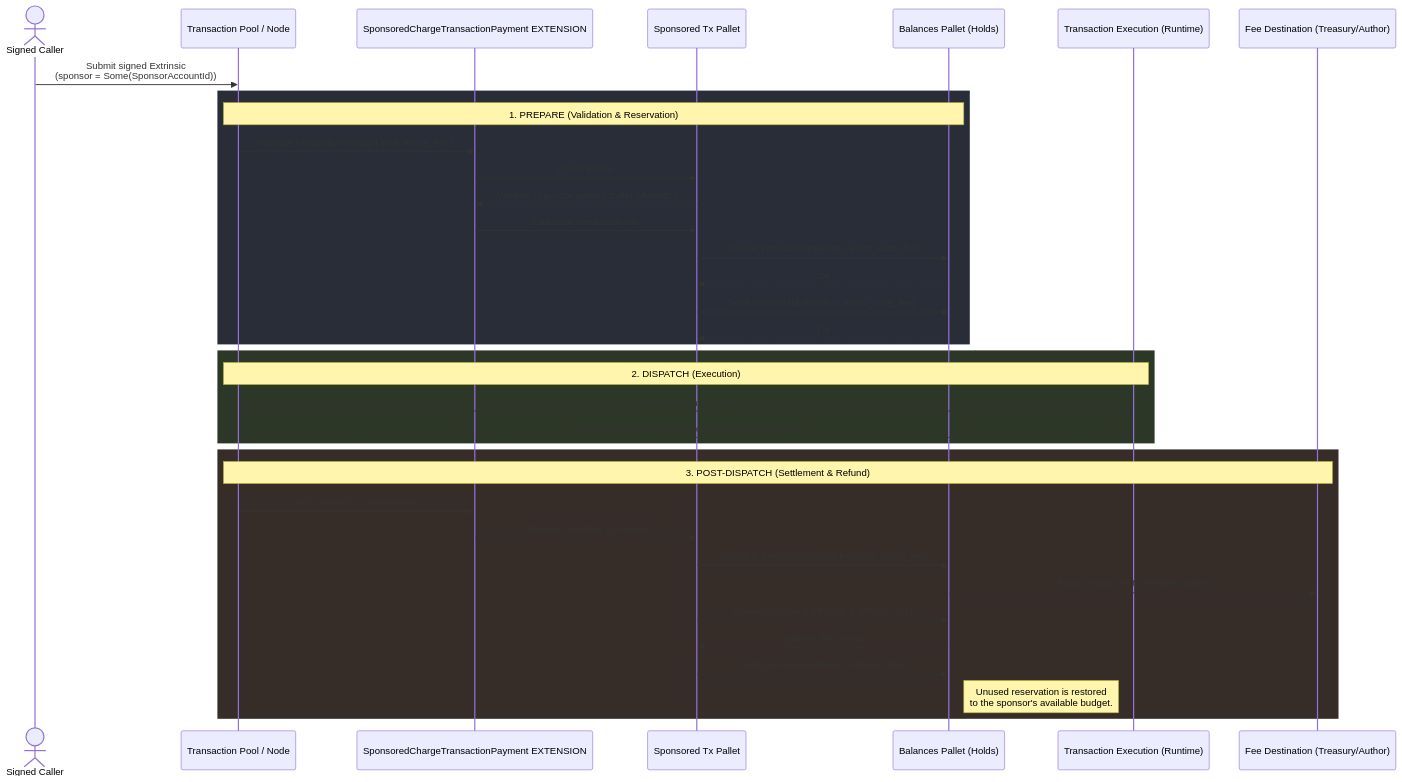
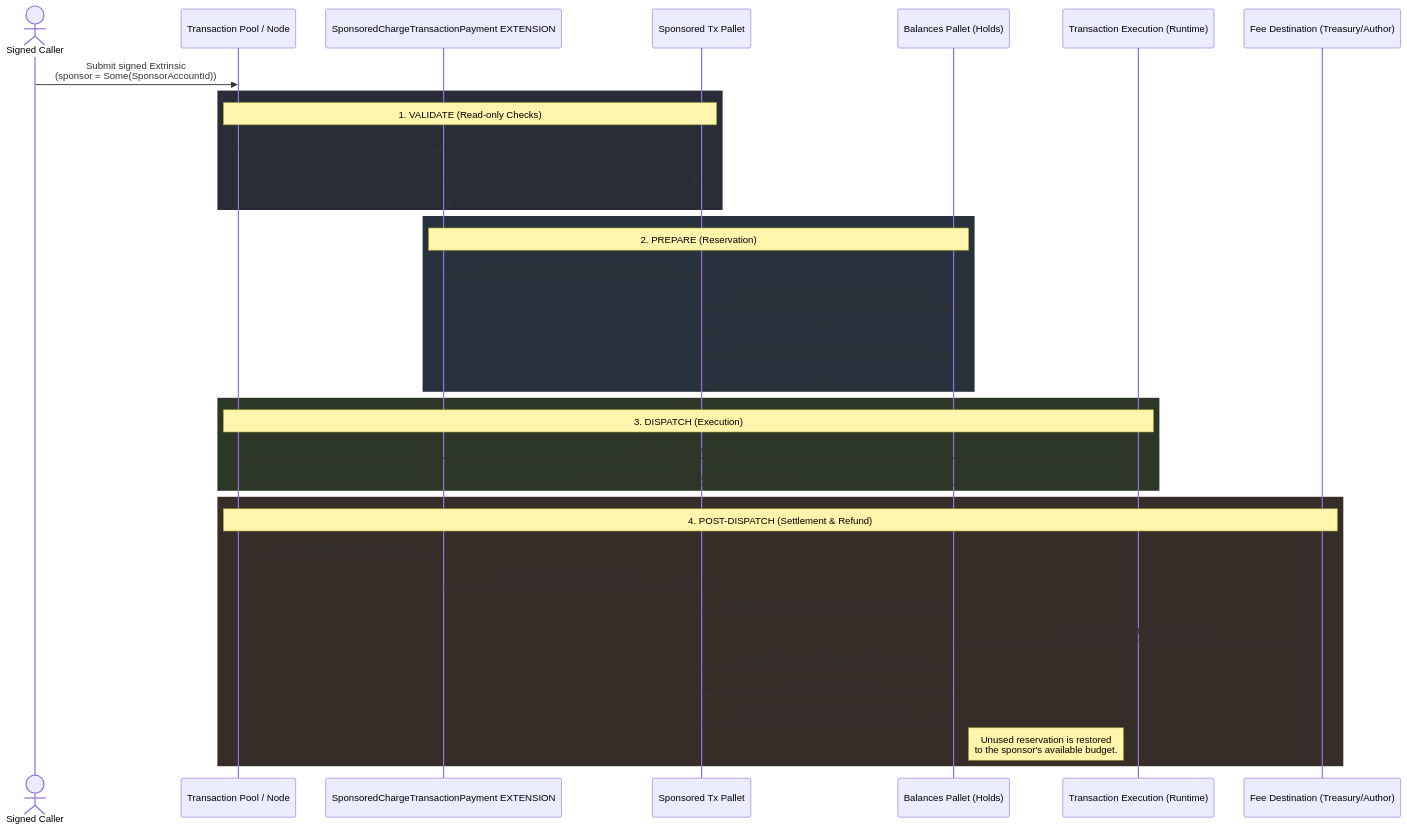
Before and after one commit to 0bmario/pallet-sponsored-tx: the diagram in docs/diagram.md, drawn with Mermaid. The commit also changed 33 other files, not shown here.

````diff
--- a/docs/diagram.md
+++ b/docs/diagram.md
@@ -3,46 +3,49 @@
 ```mermaid
 sequenceDiagram
     actor Caller as Signed Caller
     participant Node as Transaction Pool / Node
     participant Ext as SponsoredChargeTransactionPayment EXTENSION
     participant Pallet as Sponsored Tx Pallet
     participant Balances as Balances Pallet (Holds)
     participant Exec as Transaction Execution (Runtime)
     participant Dest as Fee Destination (Treasury/Author)
 
     Caller->>Node: Submit signed Extrinsic<br/>(sponsor = Some(SponsorAccountId))
 
     rect rgb(40, 45, 55)
-        Note over Node, Balances: 1. PREPARE (Validation & Reservation)
-        Node->>Ext: Validate transaction (Weight limit, nonce, etc.)
+        Note over Node, Pallet: 1. VALIDATE (Read-only Checks)
+        Node->>Ext: validate transaction
         Ext->>Pallet: Check Policy
-        Pallet-->>Ext: Validate (Sponsor active? Caller allowed?)
+        Pallet-->>Ext: Sponsor active? Caller allowed? Budget sufficient?
+    end
 
-        Ext->>Pallet: Calculate worst-case fee
+    rect rgb(40, 50, 60)
+        Note over Ext, Balances: 2. PREPARE (Reservation)
+        Ext->>Pallet: move_budget_to_pending(worst_case_fee)
         Pallet->>Balances: release(SponsorshipBudget, worst_case_fee)
         Balances-->>Pallet: Ok
         Pallet->>Balances: hold(SponsorshipPending, worst_case_fee)
         Balances-->>Pallet: Ok
     end
 
     rect rgb(45, 55, 40)
-        Note over Node, Exec: 2. DISPATCH (Execution)
+        Note over Node, Exec: 3. DISPATCH (Execution)
         Node->>Exec: Execute Extrinsic Logic
         Exec-->>Node: Return Actual Consumed Weight / PostDispatchInfo
     end
 
     rect rgb(55, 45, 40)
-        Note over Node, Dest: 3. POST-DISPATCH (Settlement & Refund)
+        Note over Node, Dest: 4. POST-DISPATCH (Settlement & Refund)
         Node->>Ext: post_dispatch(Actual Weight)
         Ext->>Pallet: Calculate actual fee consumed
 
         Pallet->>Balances: release & slash(SponsorshipPending, actual_fee)
         Balances-->>Dest: Route actual_fee to FeeDestination
 
         Pallet->>Balances: release(SponsorshipPending, leftover_fee)
         Balances-->>Pallet: Leftover fee amount
 
         Pallet->>Balances: hold(SponsorshipBudget, leftover_fee)
         Note right of Balances: Unused reservation is restored<br/>to the sponsor's available budget.
     end
 ```
````
